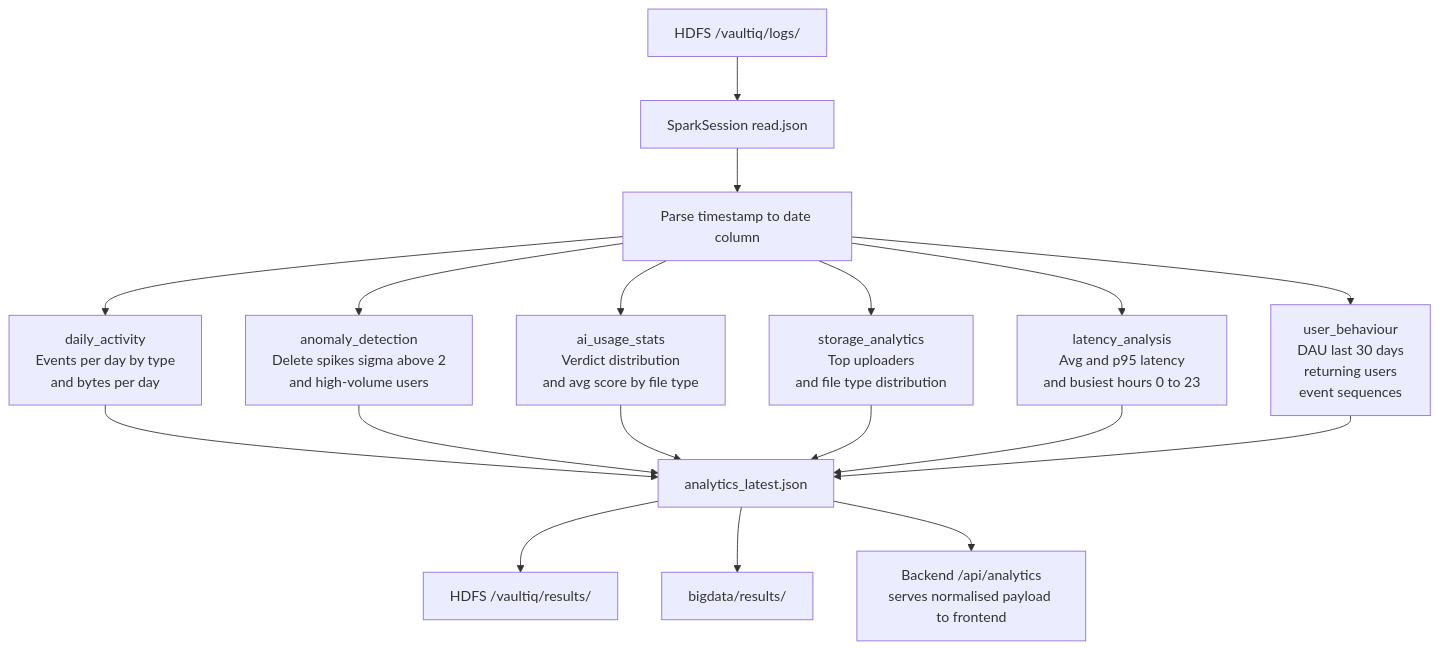
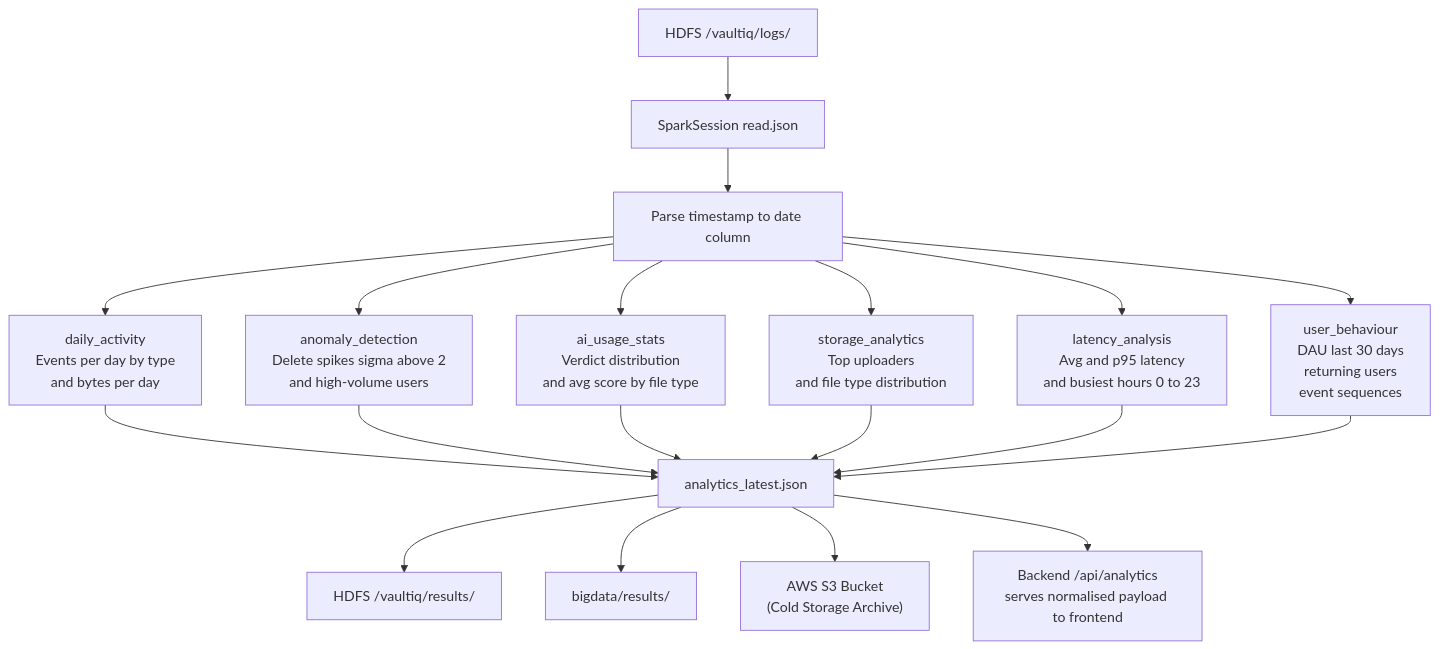
Before and after one commit to securitywithhem/vaultiq: the seventh of 10 diagrams in README.md, drawn with Mermaid. The commit also changed other lines of this file and 31 other files, not shown here.

Commit message:
chore: Finalize production architecture (HDFS + Spark + AWS S3 Backup)

````diff
--- a/README.md
+++ b/README.md
@@ -895,23 +896,24 @@
 ```mermaid
 flowchart TD
     HDFS["HDFS /vaultiq/logs/"] --> Spark["SparkSession read.json"]
     Spark --> Parse["Parse timestamp to date column"]
 
     Parse --> J1["daily_activity<br/>Events per day by type<br/>and bytes per day"]
     Parse --> J2["anomaly_detection<br/>Delete spikes sigma above 2<br/>and high-volume users"]
     Parse --> J3["ai_usage_stats<br/>Verdict distribution<br/>and avg score by file type"]
     Parse --> J4["storage_analytics<br/>Top uploaders<br/>and file type distribution"]
     Parse --> J5["latency_analysis<br/>Avg and p95 latency<br/>and busiest hours 0 to 23"]
     Parse --> J6["user_behaviour<br/>DAU last 30 days<br/>returning users<br/>event sequences"]
 
     J1 --> Results["analytics_latest.json"]
     J2 --> Results
     J3 --> Results
     J4 --> Results
     J5 --> Results
     J6 --> Results
 
     Results --> HDFSOut["HDFS /vaultiq/results/"]
     Results --> LocalOut["bigdata/results/"]
+    Results --> S3Archive["AWS S3 Bucket<br/>(Cold Storage Archive)"]
     Results --> API["Backend /api/analytics<br/>serves normalised payload to frontend"]
 ```
````
